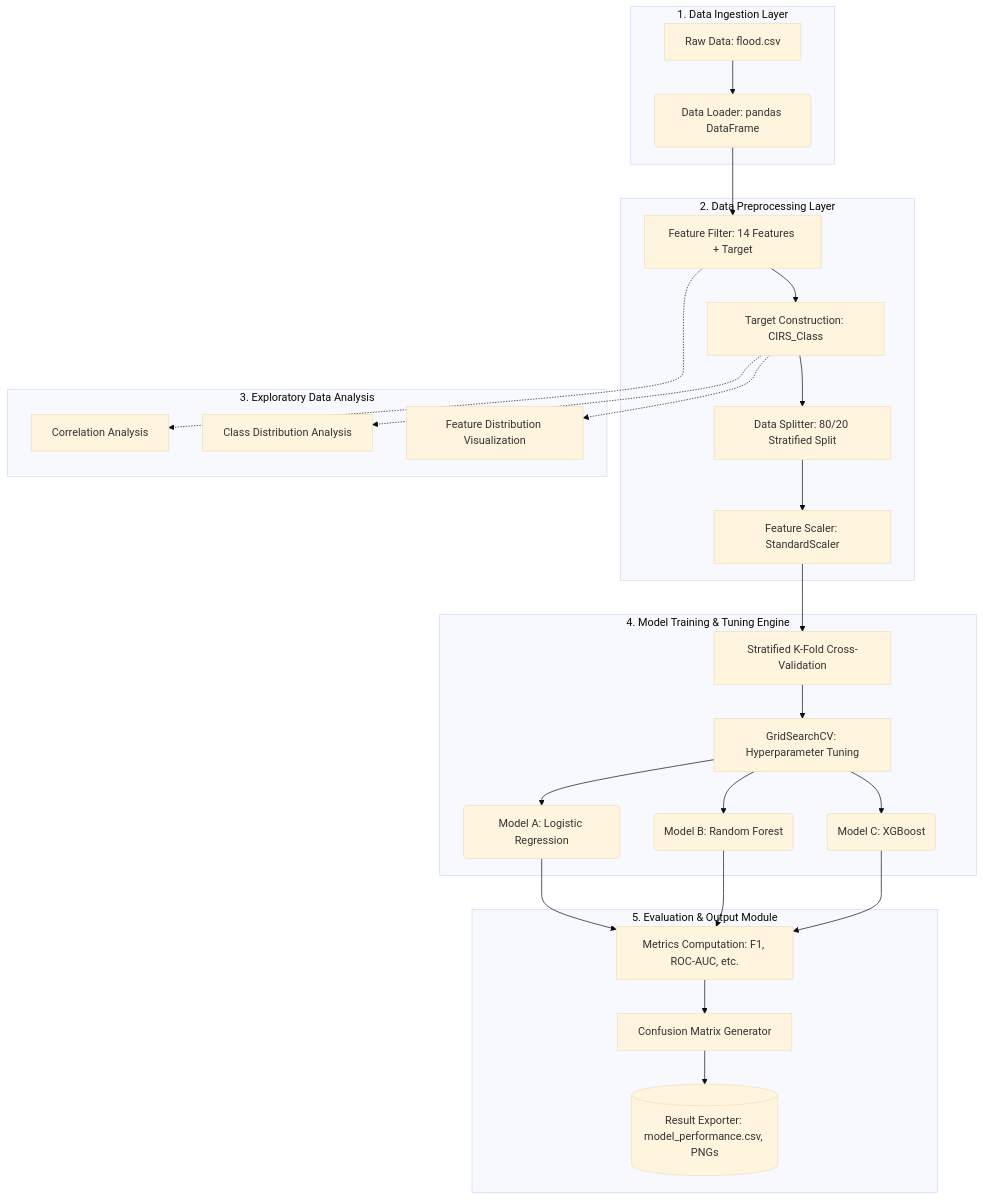
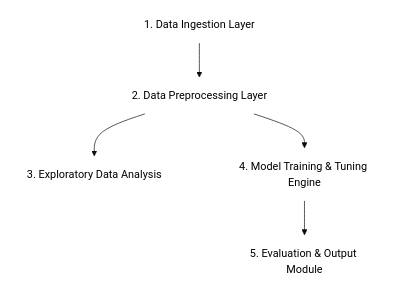
One commit to NCMFN/ClaudeCode changed the diagram in SYSTEM_ARCHITECTURE.md. Above: the diagram before and after it, drawn with Mermaid (base theme). The commit also changed 1 other file, not shown here.

Commit message:
docs: simplify system architecture diagram for flood risk prediction

````diff
--- a/SYSTEM_ARCHITECTURE.md
+++ b/SYSTEM_ARCHITECTURE.md
@@ -10,35 +10,16 @@
 ```mermaid
 flowchart TD
-    subgraph "1. Data Ingestion Layer"
-        A[Raw Data: flood.csv] --> B(Data Loader: pandas DataFrame)
-    end
+    classDef plain fill:transparent,stroke:none,color:#000
 
-    subgraph "2. Data Preprocessing Layer"
-        B --> C[Feature Filter: 14 Features + Target]
-        C --> D[Target Construction: CIRS_Class]
-        D --> E[Data Splitter: 80/20 Stratified Split]
-        E --> F[Feature Scaler: StandardScaler]
-    end
+    A[1. Data Ingestion Layer]:::plain
+    B[2. Data Preprocessing Layer]:::plain
+    C[3. Exploratory Data Analysis]:::plain
+    D[4. Model Training & Tuning Engine]:::plain
+    E[5. Evaluation & Output Module]:::plain
 
-    subgraph "3. Exploratory Data Analysis"
-        C -.-> G[Correlation Analysis]
-        D -.-> H[Class Distribution Analysis]
-        D -.-> I[Feature Distribution Visualization]
-    end
+    A --> B
+    B --> C
+    B --> D
+    D --> E
 
-    subgraph "4. Model Training & Tuning Engine"
-        F --> J[Stratified K-Fold Cross-Validation]
-        J --> K[GridSearchCV: Hyperparameter Tuning]
-        K --> L(Model A: Logistic Regression)
-        K --> M(Model B: Random Forest)
-        K --> N(Model C: XGBoost)
-    end
-
-    subgraph "5. Evaluation & Output Module"
-        L --> O[Metrics Computation: F1, ROC-AUC, etc.]
-        M --> O
-        N --> O
-        O --> P[Confusion Matrix Generator]
-        P --> Q[(Result Exporter: model_performance.csv, PNGs)]
-    end
 ```
````
